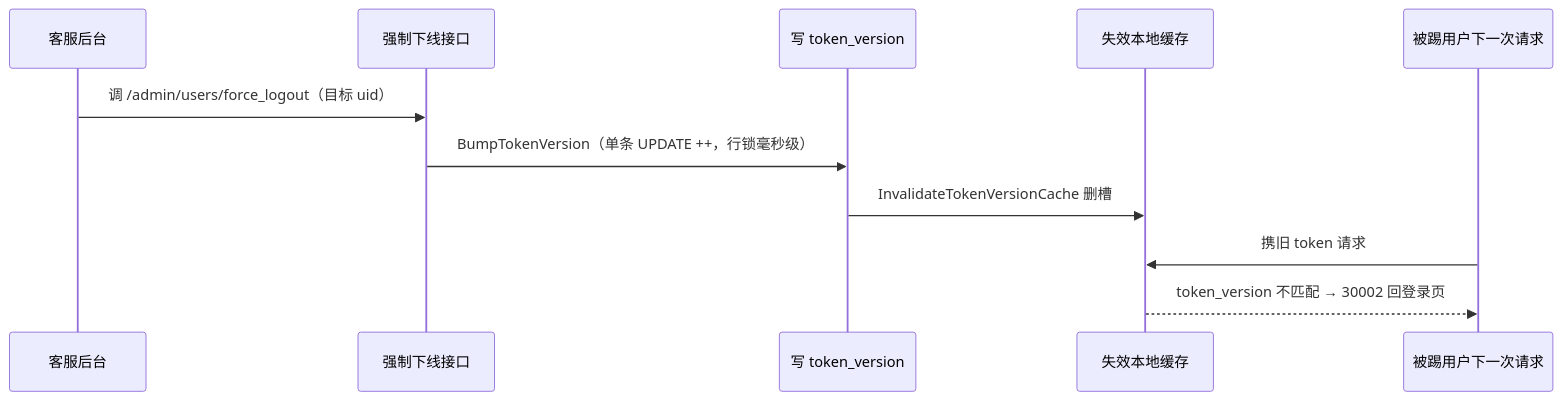
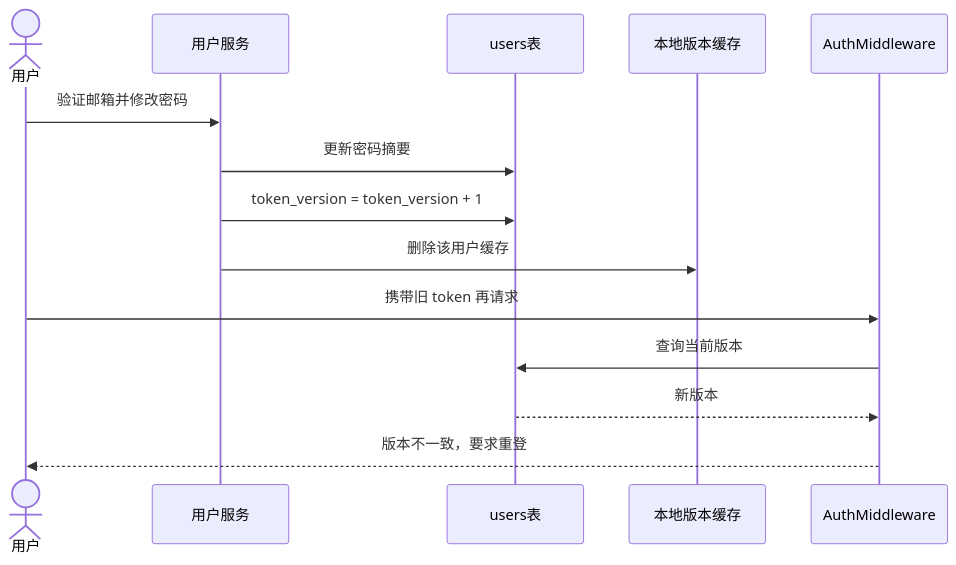
One commit to RedInn7/gomall changed the fourth of 4 diagrams in docs/lecture/01-user-auth.md. Above: the diagram before and after it, drawn with Mermaid. The commit also changed other lines of this file and 2 other files, not shown here.

````diff
--- a/docs/lecture/01-user-auth.md
+++ b/docs/lecture/01-user-auth.md
@@ -684,14 +179,16 @@
 ```mermaid
 sequenceDiagram
-    participant CS as 客服后台
-    participant API as 强制下线接口
-    participant DB as 写 token_version
-    participant Cache as 失效本地缓存
-    participant U as 被踢用户下一次请求
-
-    CS->>API: 调 /admin/users/force_logout（目标 uid）
-    API->>DB: BumpTokenVersion（单条 UPDATE ++，行锁毫秒级）
-    DB->>Cache: InvalidateTokenVersionCache 删槽
-    U->>Cache: 携旧 token 请求
-    Cache-->>U: token_version 不匹配 → 30002 回登录页
+    actor U as 用户
+    participant S as 用户服务
+    participant D as users表
+    participant C as 本地版本缓存
+    participant A as AuthMiddleware
+    U->>S: 验证邮箱并修改密码
+    S->>D: 更新密码摘要
+    S->>D: token_version = token_version + 1
+    S->>C: 删除该用户缓存
+    U->>A: 携带旧 token 再请求
+    A->>D: 查询当前版本
+    D-->>A: 新版本
+    A-->>U: 版本不一致，要求重登
 ```
````
